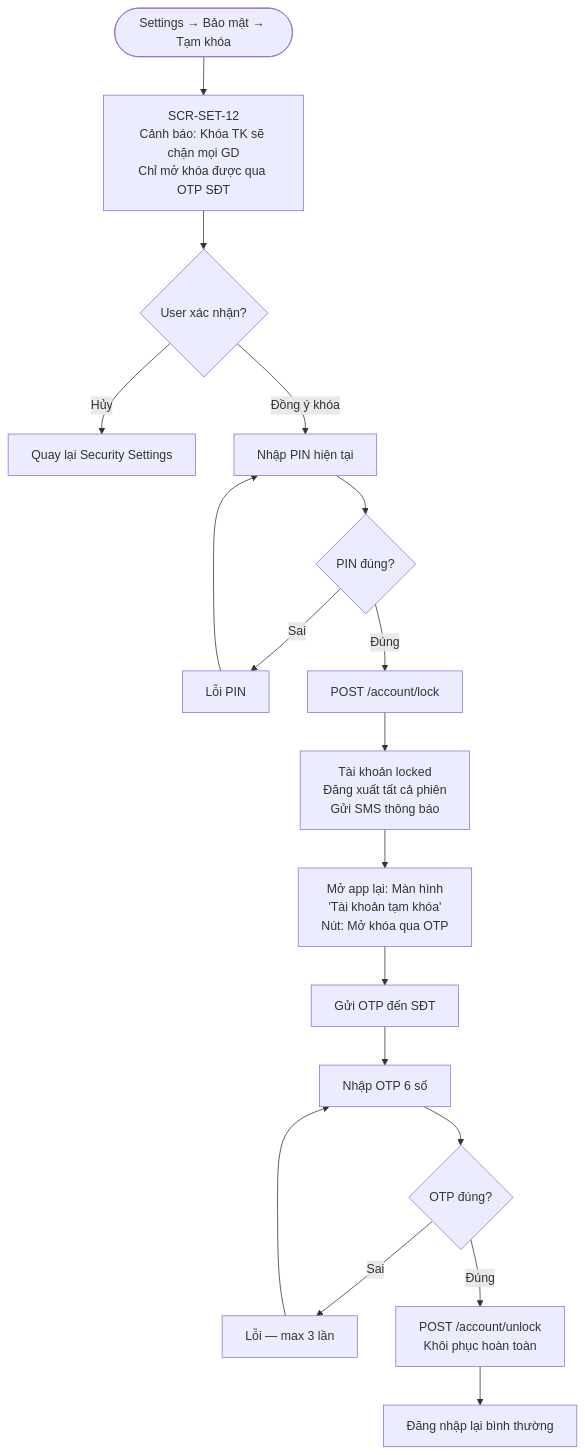
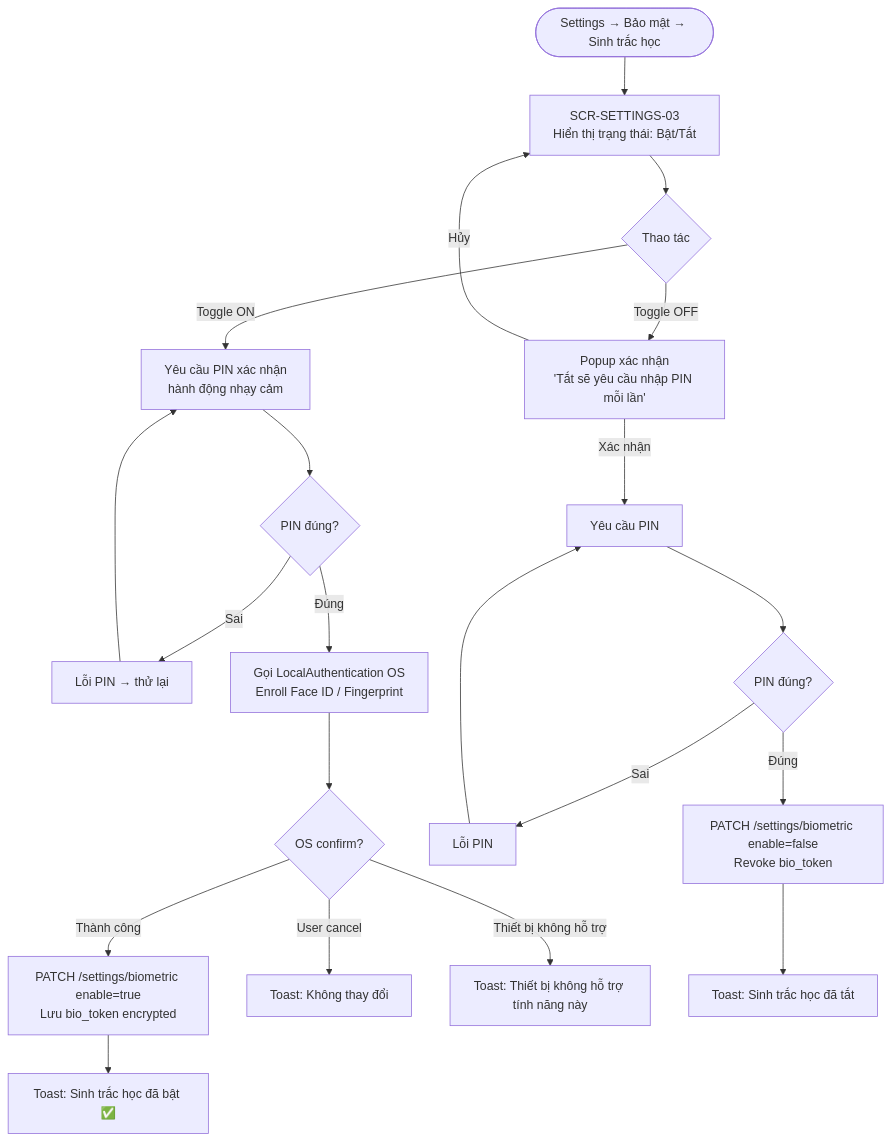
The fifth of 8 diagrams in projects/ewallet/notifications-settings.mdx (NDChinh36/ba-portfolio), drawn with Mermaid before and after one commit. The commit also changed other lines of this file, not shown here.

Commit message:
auto: update notifications-settings.mdx

````diff
--- a/projects/ewallet/notifications-settings.mdx
+++ b/projects/ewallet/notifications-settings.mdx
@@ -197,20 +169,23 @@
 ```mermaid
 flowchart TD
-    A([Settings → Bảo mật → Tạm khóa]) --> B[SCR-SET-12\nCảnh báo: Khóa TK sẽ chặn mọi GD\nChỉ mở khóa được qua OTP SĐT]
-    B --> C{User xác nhận?}
-    C -->|Hủy| D[Quay lại Security Settings]
-    C -->|Đồng ý khóa| E[Nhập PIN hiện tại]
-    E --> F{PIN đúng?}
-    F -->|Sai| G[Lỗi PIN]
-    G --> E
-    F -->|Đúng| H[POST /account/lock]
-    H --> I[Tài khoản locked\nĐăng xuất tất cả phiên\nGửi SMS thông báo]
-    I --> J[Mở app lại: Màn hình\n'Tài khoản tạm khóa'\nNút: Mở khóa qua OTP]
-    J --> K[Gửi OTP đến SĐT]
-    K --> L[Nhập OTP 6 số]
-    L --> M{OTP đúng?}
-    M -->|Sai| N[Lỗi — max 3 lần]
-    N --> L
-    M -->|Đúng| O[POST /account/unlock\nKhôi phục hoàn toàn]
-    O --> P[Đăng nhập lại bình thường]
+    A([Settings → Bảo mật → Sinh trắc học]) --> B[SCR-SETTINGS-03\nHiển thị trạng thái: Bật/Tắt]
+    B --> C{Thao tác}
+    C -- Toggle ON --> D[Yêu cầu PIN xác nhận\nhành động nhạy cảm]
+    D --> E{PIN đúng?}
+    E -- Sai --> F[Lỗi PIN → thử lại]
+    F --> D
+    E -- Đúng --> G[Gọi LocalAuthentication OS\nEnroll Face ID / Fingerprint]
+    G --> H{OS confirm?}
+    H -- Thành công --> I[PATCH /settings/biometric enable=true\nLưu bio_token encrypted]
+    I --> J[Toast: Sinh trắc học đã bật ✅]
+    H -- User cancel --> K[Toast: Không thay đổi]
+    H -- Thiết bị không hỗ trợ --> L[Toast: Thiết bị không hỗ trợ tính năng này]
+    C -- Toggle OFF --> M[Popup xác nhận\n'Tắt sẽ yêu cầu nhập PIN mỗi lần']
+    M -- Hủy --> B
+    M -- Xác nhận --> N[Yêu cầu PIN]
+    N --> O{PIN đúng?}
+    O -- Sai --> P[Lỗi PIN]
+    P --> N
+    O -- Đúng --> Q[PATCH /settings/biometric enable=false\nRevoke bio_token]
+    Q --> R[Toast: Sinh trắc học đã tắt]
 ```
````
